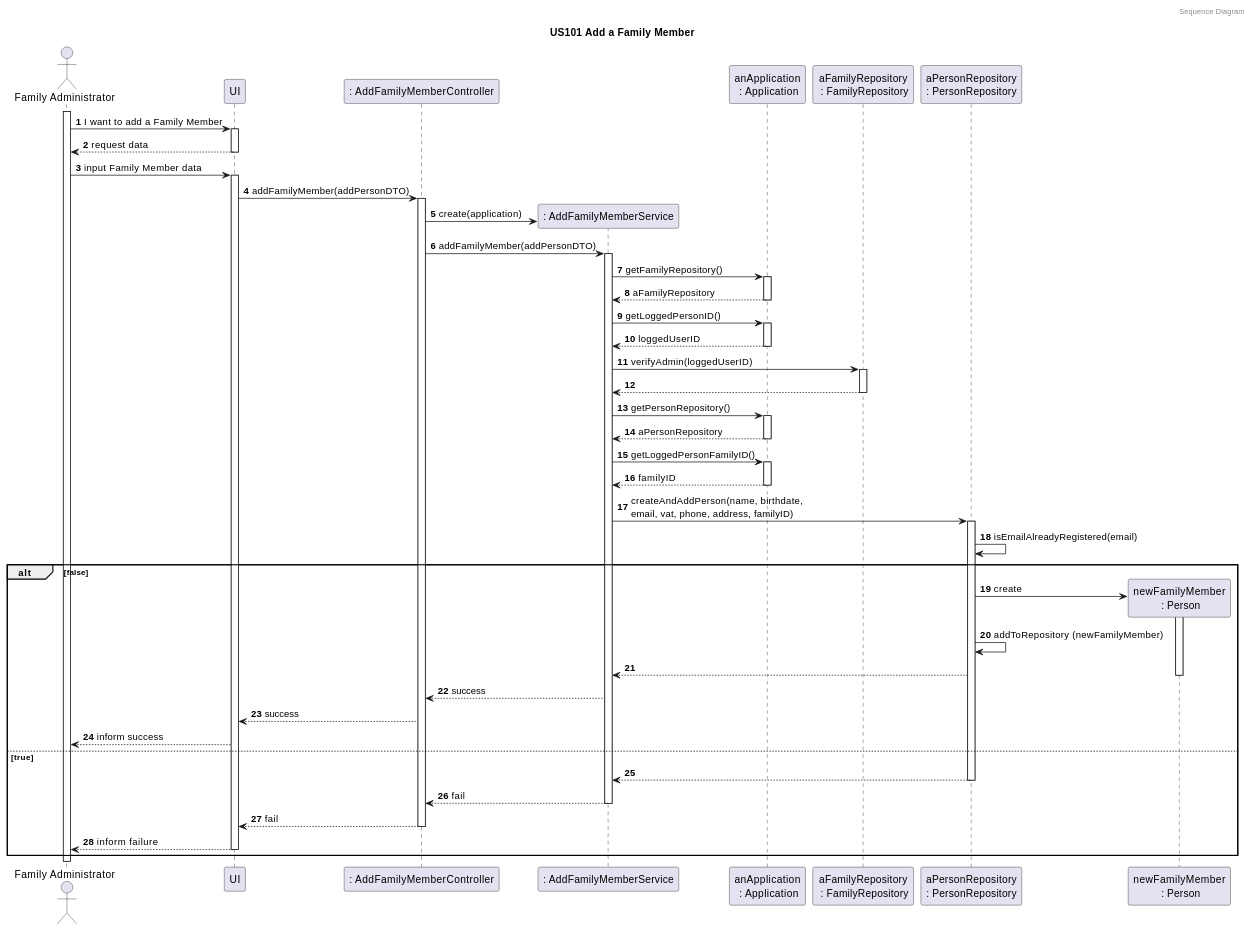
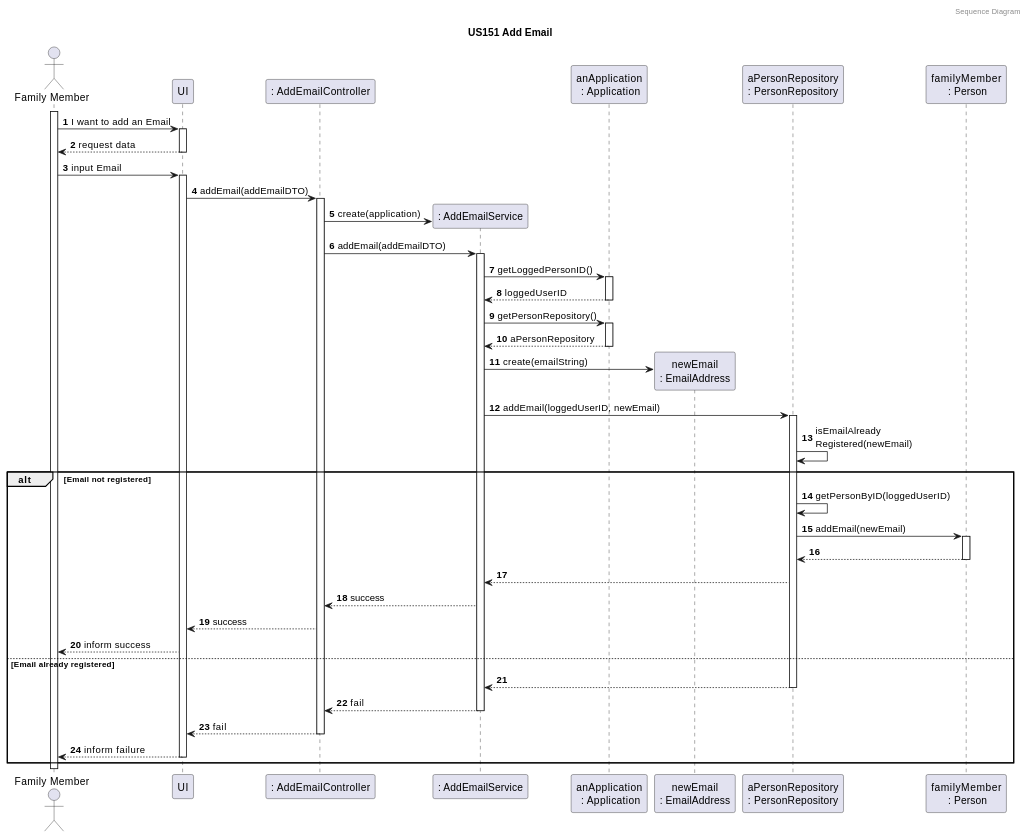
The third of 3 diagrams in docs/sprint3/user_stories/US151_AddEmail.md (tomas-osswald/switch_2020_g3), drawn with PlantUML before and after one commit. The commit also changed other lines of this file and 1 other file, not shown here.

```diff
--- a/docs/sprint3/user_stories/US151_AddEmail.md
+++ b/docs/sprint3/user_stories/US151_AddEmail.md
@@ -265,83 +203,73 @@
 
 autonumber
 header Sequence Diagram
-title US101 Add a Family Member
+title US151 Add Email
 
-actor "Family Administrator" as familyAdmin
+actor "Family Member" as actor
 participant "UI" as UI
-participant ": AddFamilyMemberController" as controller
-participant ": AddFamilyMemberService" as FamAdminService
+participant ": AddEmailController" as controller
+participant ": AddEmailService" as service
 participant "anApplication\n : Application" as app
-participant "aFamilyRepository\n : FamilyRepository" as frepository
+participant "newEmail\n: EmailAddress" as email
 participant "aPersonRepository\n: PersonRepository" as prepository
-participant "newFamilyMember\n : Person" as admin
+participant "familyMember\n : Person" as person
 
-activate familyAdmin
-familyAdmin -> UI: I want to add a Family Member
+activate actor
+actor -> UI: I want to add an Email
 activate UI
 return request data
-familyAdmin -> UI : input Family Member data
+actor -> UI : input Email
 activate UI
 
-UI -> controller : addFamilyMember(addPersonDTO)
+UI -> controller : addEmail(addEmailDTO)
 activate controller
 
-controller -> FamAdminService** : create(application)
-controller -> FamAdminService : addFamilyMember(addPersonDTO)
-activate FamAdminService
+controller -> service** : create(application)
+controller -> service : addEmail(addEmailDTO)
+activate service
 
-FamAdminService -> app : getFamilyRepository()
-activate app
-return aFamilyRepository
-
-FamAdminService -> app : getLoggedPersonID()
+service -> app : getLoggedPersonID()
 activate app
 return loggedUserID
 
-FamAdminService -> frepository: verifyAdmin(loggedUserID)
-activate frepository
-return
-
-FamAdminService -> app : getPersonRepository()
+service -> app : getPersonRepository()
 activate app
 return aPersonRepository
 
-FamAdminService -> app : getLoggedPersonFamilyID()
-activate app
-return familyID
+service -> email** : create(emailString)
 
-FamAdminService -> prepository : createAndAddPerson(name, birthdate, \nemail, vat, phone, address, familyID)
+service -> prepository : addEmail(loggedUserID, newEmail)
 activate prepository
+prepository -> prepository : isEmailAlready\nRegistered(newEmail)
 
-prepository -> prepository : isEmailAlreadyRegistered(email)
+alt Email not registered
 
-alt false
+prepository -> prepository : getPersonByID(loggedUserID)
+prepository -> person : addEmail(newEmail)
+activate person
+person --> prepository
+deactivate person
 
-prepository -> admin** : create
-activate admin
+prepository --> service
 
-prepository -> prepository : addToRepository (newFamilyMember)
-prepository --> FamAdminService
-deactivate admin
-
-FamAdminService --> controller : success
+service --> controller : success
 
 controller --> UI : success
 
-UI --> familyAdmin : inform success
+UI --> actor : inform success
 
-else true
+else Email already registered
 
-prepository --> FamAdminService
+prepository --> service
 deactivate prepository
 
-FamAdminService --> controller : fail
-deactivate FamAdminService
+service --> controller : fail
+deactivate service
 
 controller --> UI : fail
 deactivate controller
 
-UI --> familyAdmin : inform failure
+UI --> actor : inform failure
 deactivate UI
 
 end
```
